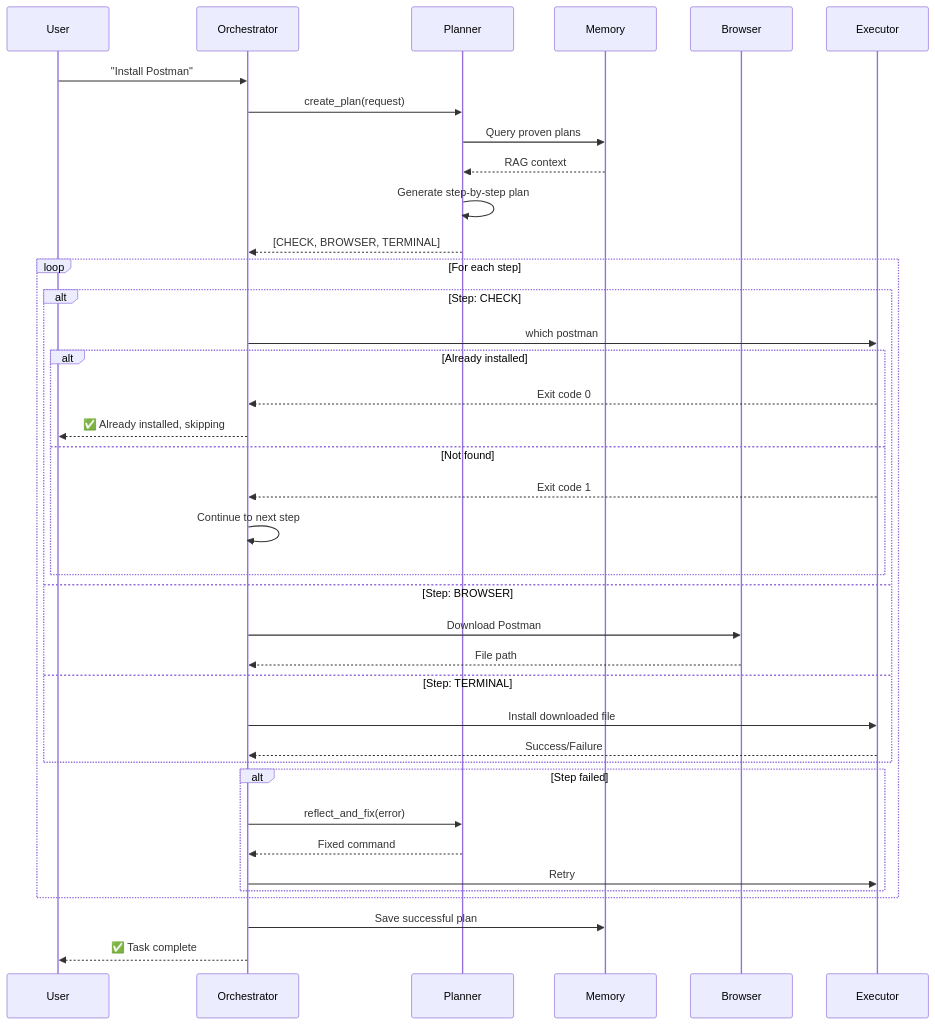
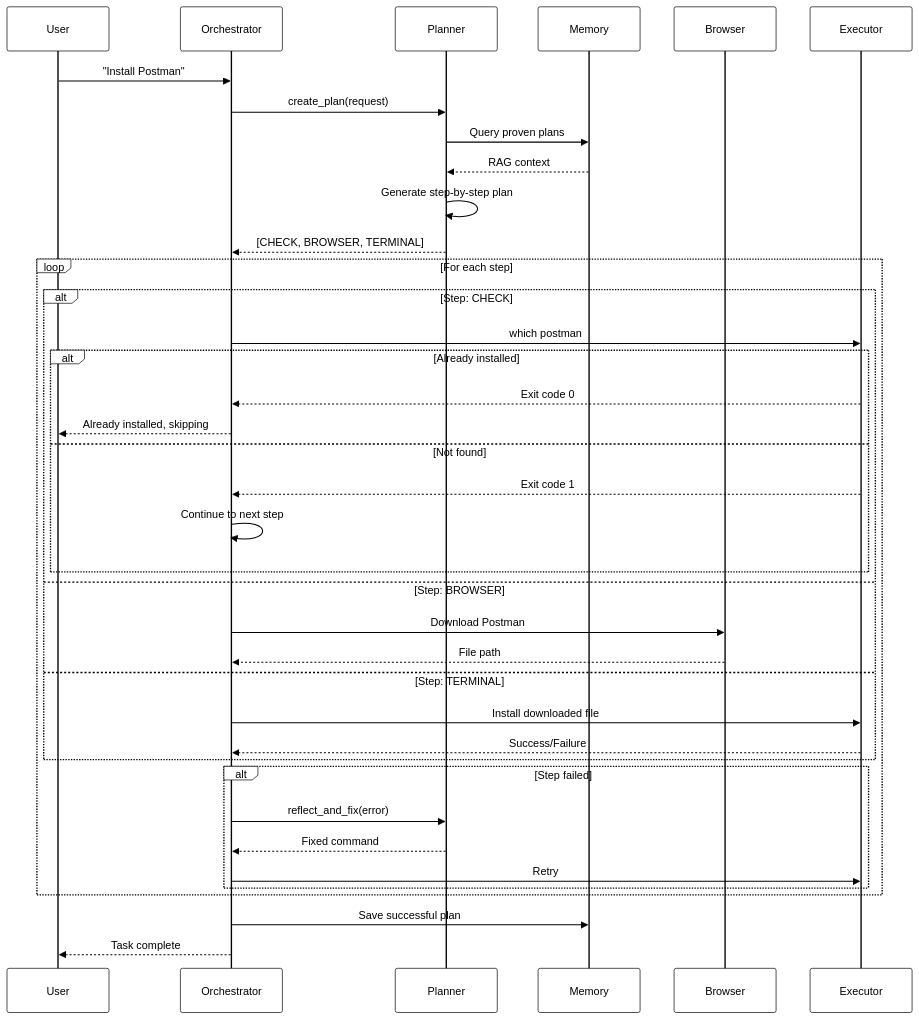
The fourth of 6 diagrams in README.md (Garvit1000/nexus), drawn with Mermaid before and after one commit. The commit also changed other lines of this file and 3 other files, not shown here.

````diff
--- a/README.md
+++ b/README.md
@@ -162,46 +164,47 @@
 ```mermaid
+%%{init: {"theme": "base", "themeVariables": {"fontFamily": "monospace", "lineColor": "#000", "actorBkg": "#fff", "actorBorder": "#000", "actorTextColor": "#000", "signalColor": "#000", "signalTextColor": "#000", "noteBkg": "#ffe600", "noteBorderColor": "#000", "noteTextColor": "#000", "activationBorderColor": "#000", "activationBkgColor": "#ff4949"}}}%%
 sequenceDiagram
     participant User
     participant Orchestrator
     participant Planner
     participant Memory
     participant Browser
     participant Executor
-    
+
     User->>Orchestrator: "Install Postman"
     Orchestrator->>Planner: create_plan(request)
-    
+
     Planner->>Memory: Query proven plans
     Memory-->>Planner: RAG context
-    
+
     Planner->>Planner: Generate step-by-step plan
     Planner-->>Orchestrator: [CHECK, BROWSER, TERMINAL]
-    
+
     loop For each step
         alt Step: CHECK
             Orchestrator->>Executor: which postman
             alt Already installed
                 Executor-->>Orchestrator: Exit code 0
-                Orchestrator-->>User: ✅ Already installed, skipping
+                Orchestrator-->>User: Already installed, skipping
             else Not found
                 Executor-->>Orchestrator: Exit code 1
                 Orchestrator->>Orchestrator: Continue to next step
             end
         else Step: BROWSER
             Orchestrator->>Browser: Download Postman
             Browser-->>Orchestrator: File path
         else Step: TERMINAL
             Orchestrator->>Executor: Install downloaded file
             Executor-->>Orchestrator: Success/Failure
         end
-        
+
         alt Step failed
             Orchestrator->>Planner: reflect_and_fix(error)
             Planner-->>Orchestrator: Fixed command
             Orchestrator->>Executor: Retry
         end
     end
-    
+
     Orchestrator->>Memory: Save successful plan
-    Orchestrator-->>User: ✅ Task complete
+    Orchestrator-->>User: Task complete
 ```
````
